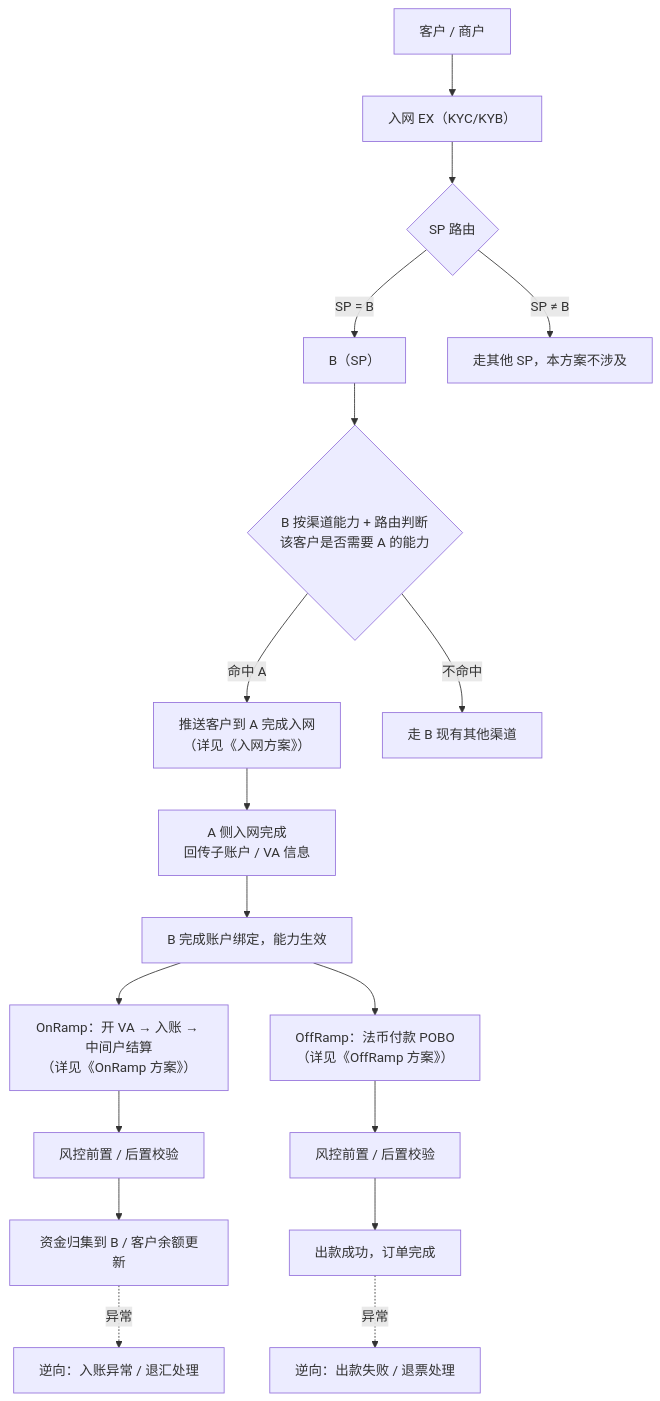
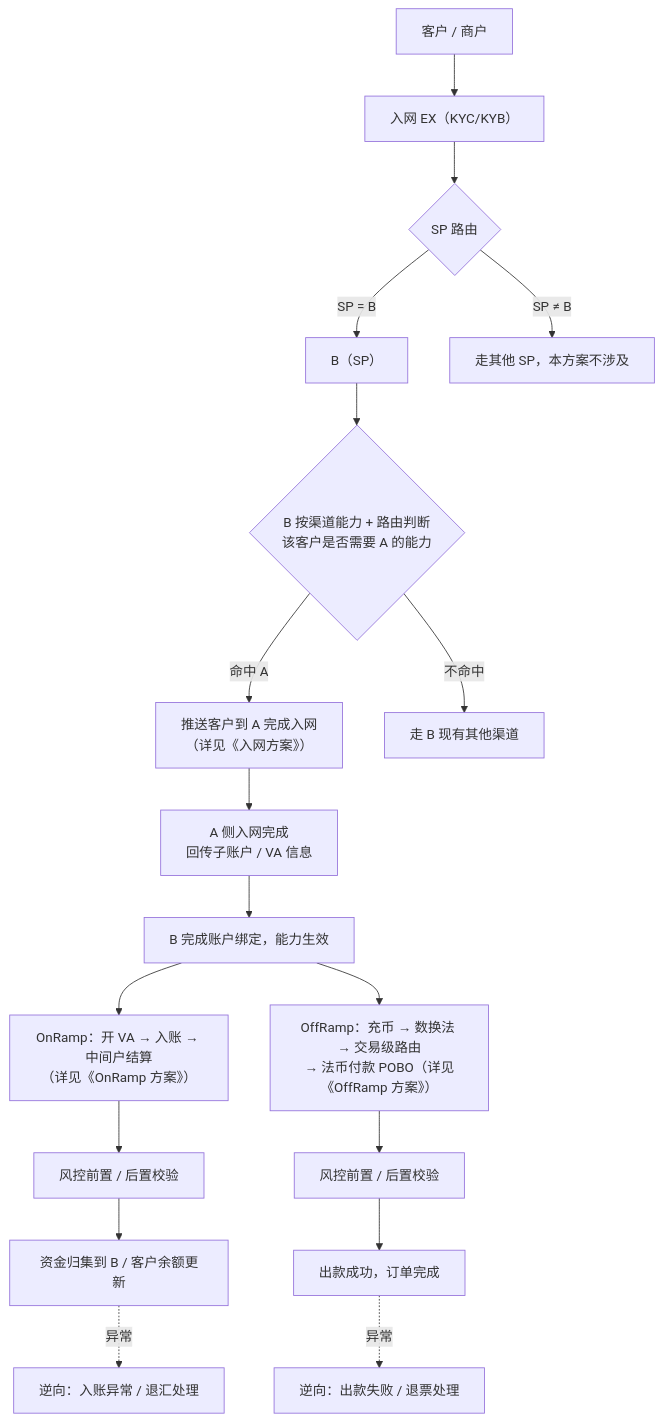
The diagram in ABSolutions/B-A/AB互通-总览与待办.md (xiaoxiaoangie/EX-NEW), drawn with Mermaid before and after one commit. The commit also changed other lines of this file and 20 other files, not shown here.

````diff
--- a/ABSolutions/B-A/AB互通-总览与待办.md
+++ b/ABSolutions/B-A/AB互通-总览与待办.md
@@ -40,25 +41,25 @@
 ```mermaid
 flowchart TD
     C["客户 / 商户"] --> ONB["入网 EX（KYC/KYB）"]
     ONB --> ROUTE{"SP 路由"}
     ROUTE -->|"SP = B"| BSP["B（SP）"]
     ROUTE -->|"SP ≠ B"| OTHERSP["走其他 SP，本方案不涉及"]
 
     BSP --> CAP{"B 按渠道能力 + 路由判断<br/>该客户是否需要 A 的能力"}
     CAP -->|"命中 A"| PUSHA["推送客户到 A 完成入网<br/>（详见《入网方案》）"]
     CAP -->|"不命中"| OTHERCH["走 B 现有其他渠道"]
 
     PUSHA --> AREADY["A 侧入网完成<br/>回传子账户 / VA 信息"]
     AREADY --> BIND["B 完成账户绑定，能力生效"]
 
     BIND --> ORAMP["OnRamp：开 VA → 入账 → 中间户结算<br/>（详见《OnRamp 方案》）"]
-    BIND --> OFRAMP["OffRamp：法币付款 POBO<br/>（详见《OffRamp 方案》）"]
+    BIND --> OFRAMP["OffRamp：充币 → 数换法 → 交易级路由<br/>→ 法币付款 POBO（详见《OffRamp 方案》）"]
 
     ORAMP --> RISK1["风控前置 / 后置校验"]
     OFRAMP --> RISK2["风控前置 / 后置校验"]
     RISK1 --> DONE1["资金归集到 B / 客户余额更新"]
     RISK2 --> DONE2["出款成功，订单完成"]
 
     DONE1 -.->|"异常"| REV1["逆向：入账异常 / 退汇处理"]
     DONE2 -.->|"异常"| REV2["逆向：出款失败 / 退票处理"]
 ```
````
